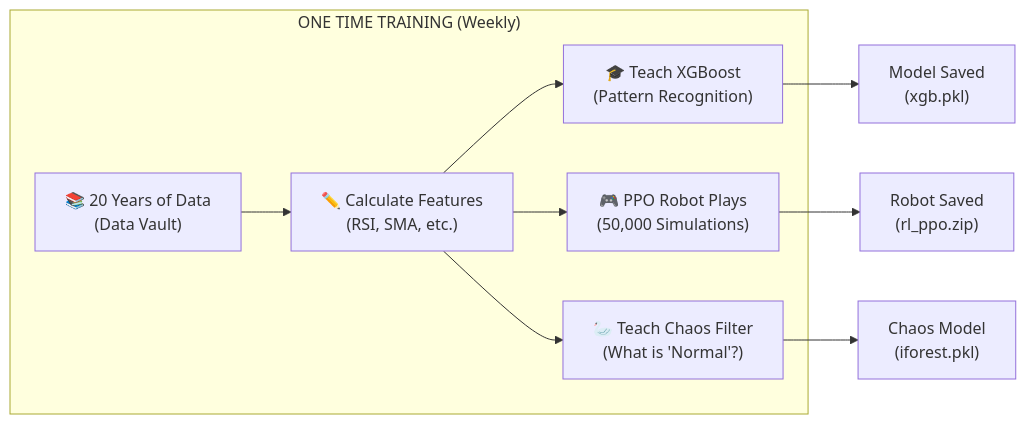
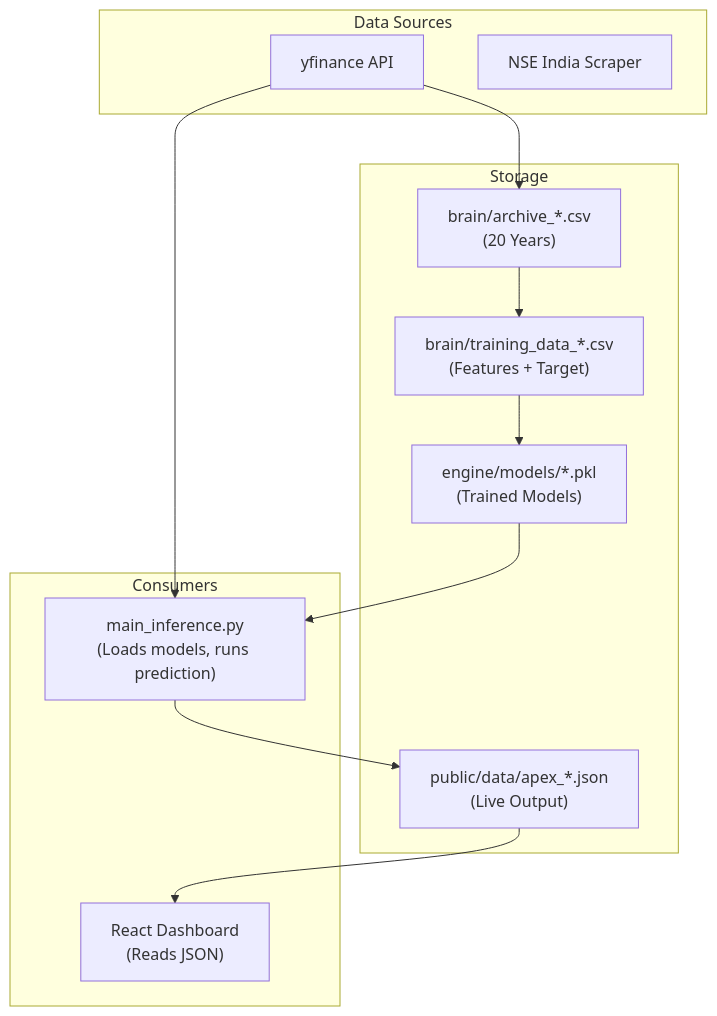
One commit to pravindev666/Tradyx-Aleph changed the fifth of 5 diagrams in README.md. Above: the diagram before and after it, drawn with Mermaid. The commit also changed other lines of this file, not shown here.

````diff
--- a/README.md
+++ b/README.md
@@ -37,12 +196,27 @@
 ```mermaid
-graph LR
-    subgraph "ONE TIME TRAINING (Weekly)"
-        T1["📚 20 Years of Data\n(Data Vault)"] --> T2["✏️ Calculate Features\n(RSI, SMA, etc.)"]
-        T2 --> T3["🎓 Teach XGBoost\n(Pattern Recognition)"]
-        T2 --> T4["🎮 PPO Robot Plays\n(50,000 Simulations)"]
-        T2 --> T5["🦢 Teach Chaos Filter\n(What is 'Normal'?)"]
+graph TD
+    subgraph "Data Sources"
+        YF["yfinance API"]
+        NSE["NSE India Scraper"]
     end
-    T3 --> M1["Model Saved\n(xgb.pkl)"]
-    T4 --> M2["Robot Saved\n(rl_ppo.zip)"]
-    T5 --> M3["Chaos Model\n(iforest.pkl)"]
+
+    subgraph "Storage"
+        VAULT["brain/archive_*.csv\n(20 Years)"]
+        TRAIN["brain/training_data_*.csv\n(Features + Target)"]
+        MODELS["engine/models/*.pkl\n(Trained Models)"]
+        JSON["public/data/apex_*.json\n(Live Output)"]
+    end
+
+    subgraph "Consumers"
+        INFER["main_inference.py\n(Loads models, runs prediction)"]
+        UI["React Dashboard\n(Reads JSON)"]
+    end
+
+    YF --> VAULT
+    VAULT --> TRAIN
+    TRAIN --> MODELS
+    YF --> INFER
+    MODELS --> INFER
+    INFER --> JSON
+    JSON --> UI
 ```
````
